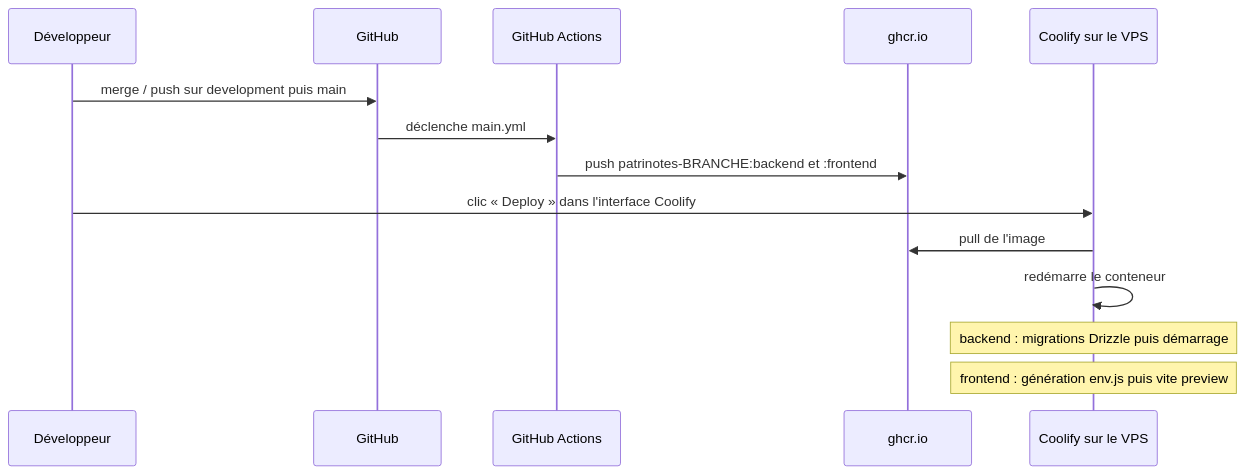
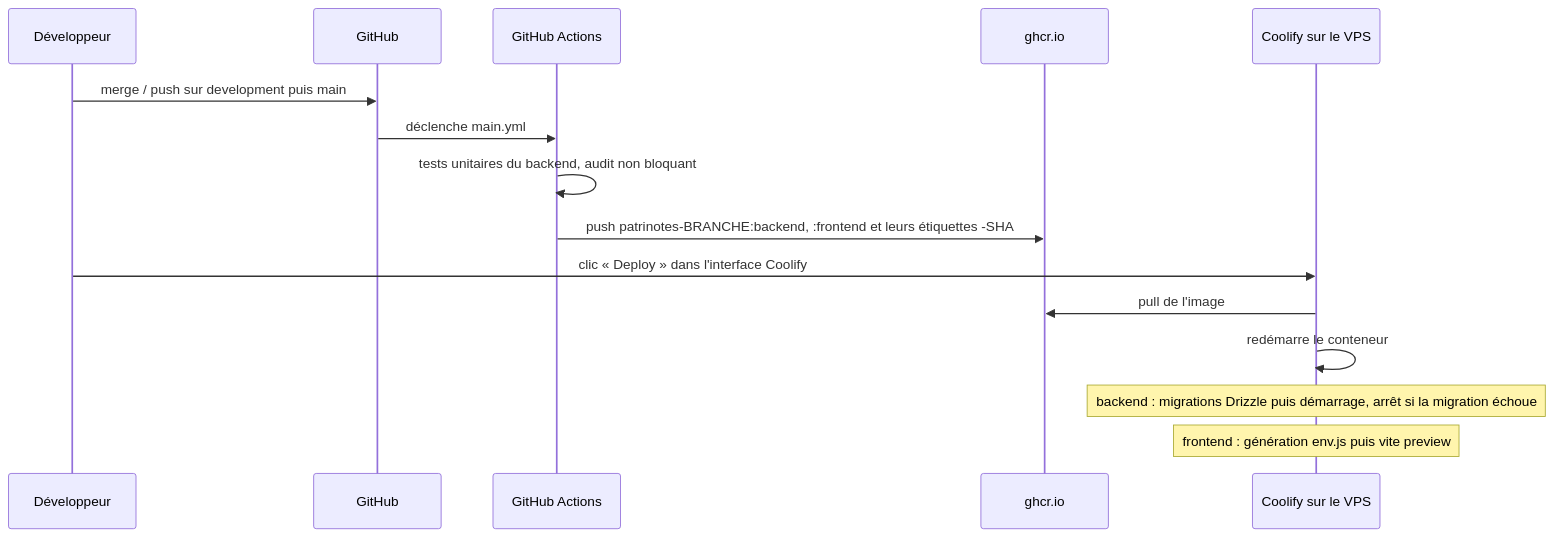
One commit to betagouv/patrinotes changed the third of 3 diagrams in docs/10-infrastructure-et-deploiement.md. Above: the diagram before and after it, drawn with Mermaid. The commit also changed other lines of this file and 18 other files, not shown here.

````diff
--- a/docs/10-infrastructure-et-deploiement.md
+++ b/docs/10-infrastructure-et-deploiement.md
@@ -353,16 +362,17 @@
 ```mermaid
 sequenceDiagram
     participant Dev as Développeur
     participant GH as GitHub
     participant GA as GitHub Actions
     participant GHCR as ghcr.io
     participant CF as Coolify sur le VPS
     Dev->>GH: merge / push sur development puis main
     GH->>GA: déclenche main.yml
-    GA->>GHCR: push patrinotes-BRANCHE:backend et :frontend
+    GA->>GA: tests unitaires du backend, audit non bloquant
+    GA->>GHCR: push patrinotes-BRANCHE:backend, :frontend et leurs étiquettes -SHA
     Dev->>CF: clic « Deploy » dans l'interface Coolify
     CF->>GHCR: pull de l'image
     CF->>CF: redémarre le conteneur
-    Note over CF: backend : migrations Drizzle puis démarrage
+    Note over CF: backend : migrations Drizzle puis démarrage, arrêt si la migration échoue
     Note over CF: frontend : génération env.js puis vite preview
 ```
````
